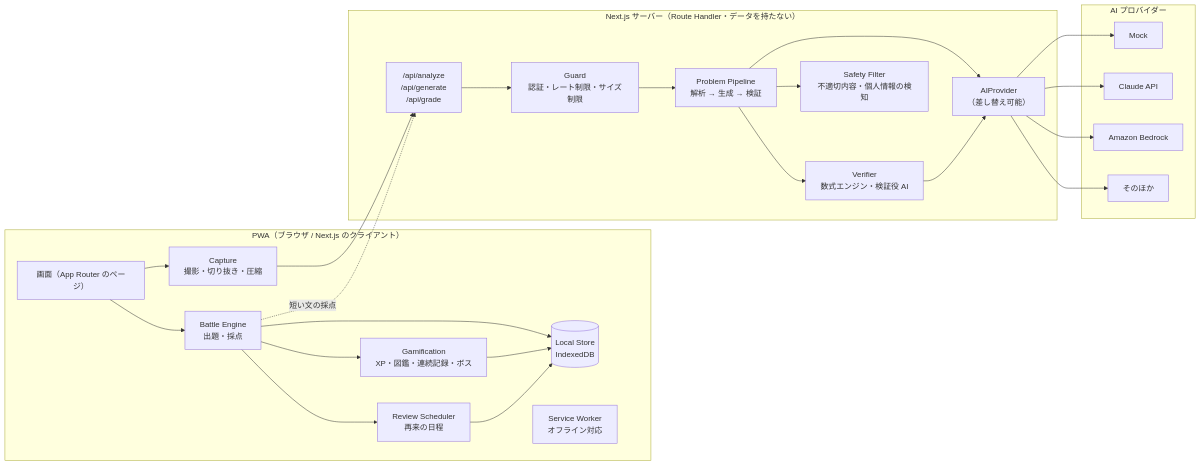
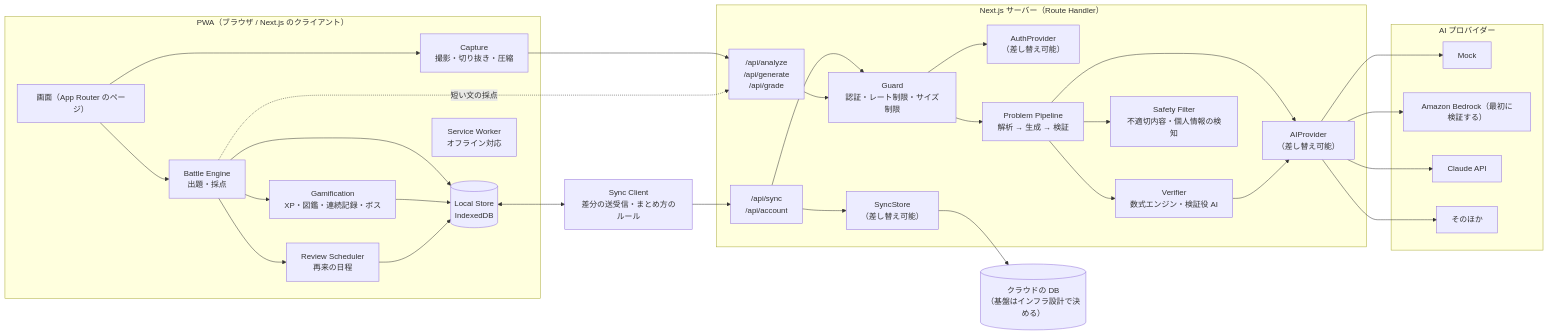
The first of 2 diagrams in aidlc-docs/inception/application-design/components.md (norihiko-takahashi/kaeriuchi), drawn with Mermaid before and after one commit. The commit also changed other lines of this file and 12 other files, not shown here.

````diff
--- a/aidlc-docs/inception/application-design/components.md
+++ b/aidlc-docs/inception/application-design/components.md
@@ -5,42 +5,52 @@
 ```mermaid
 flowchart LR
   subgraph Client["PWA（ブラウザ / Next.js のクライアント）"]
     UI["画面（App Router のページ）"]
     Capture["Capture<br/>撮影・切り抜き・圧縮"]
     Battle["Battle Engine<br/>出題・採点"]
     Game["Gamification<br/>XP・図鑑・連続記録・ボス"]
     Sched["Review Scheduler<br/>再来の日程"]
     Store[("Local Store<br/>IndexedDB")]
     SW["Service Worker<br/>オフライン対応"]
   end
 
-  subgraph Server["Next.js サーバー（Route Handler・データを持たない）"]
+  subgraph Server["Next.js サーバー（Route Handler）"]
     API["/api/analyze<br/>/api/generate<br/>/api/grade"]
+    SyncAPI["/api/sync<br/>/api/account"]
     Guard["Guard<br/>認証・レート制限・サイズ制限"]
+    Auth["AuthProvider<br/>（差し替え可能）"]
+    SyncStore["SyncStore<br/>（差し替え可能）"]
     Orchestrator["Problem Pipeline<br/>解析 → 生成 → 検証"]
     Verifier["Verifier<br/>数式エンジン・検証役 AI"]
     Safety["Safety Filter<br/>不適切内容・個人情報の検知"]
     Provider["AIProvider<br/>（差し替え可能）"]
   end
 
   subgraph AI["AI プロバイダー"]
     Mock["Mock"]
+    Bedrock["Amazon Bedrock（最初に検証する）"]
     Claude["Claude API"]
-    Bedrock["Amazon Bedrock"]
     Other["そのほか"]
   end
+
+  DB[("クラウドの DB<br/>（基盤はインフラ設計で決める）")]
+  Sync["Sync Client<br/>差分の送受信・まとめ方のルール"]
+  Store <--> Sync
+  Sync --> SyncAPI --> Guard
+  Guard --> Auth
+  SyncAPI --> SyncStore --> DB
 
   UI --> Capture --> API
   UI --> Battle --> Game
   Battle --> Sched
   Battle -. "短い文の採点" .-> API
   Battle --> Store
   Game --> Store
   Sched --> Store
   API --> Guard --> Orchestrator
   Orchestrator --> Provider
   Orchestrator --> Verifier
   Orchestrator --> Safety
   Verifier --> Provider
   Provider --> Mock & Claude & Bedrock & Other
 ```
````
